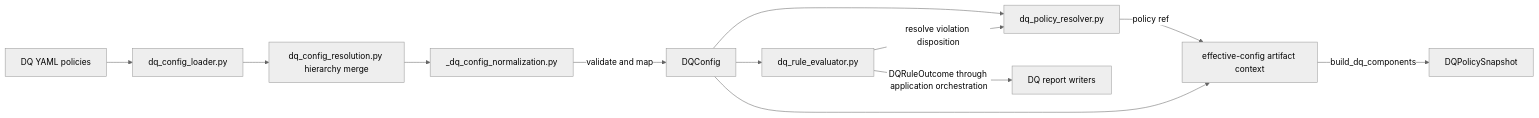
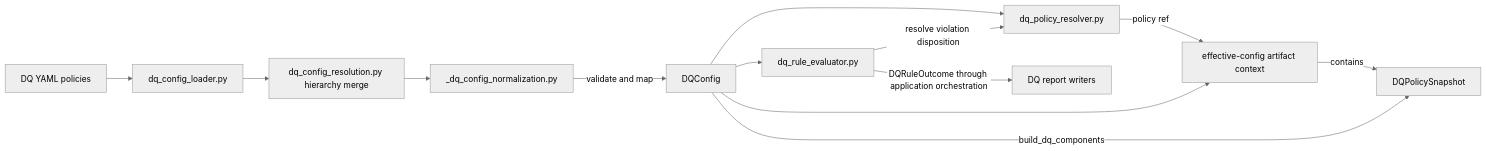
Before and after one commit to SatoryKono/BioactivityDataAcquisition: the diagram in docs/02-architecture/diagrams/architecture/45-dq-contract-config-loading-and-policy-resolution.mmd, drawn with Mermaid. The commit also changed 5 other files, not shown here.

Commit message:
docs(diagrams): align shutdown and policy snapshot flows

```diff
--- a/docs/02-architecture/diagrams/architecture/45-dq-contract-config-loading-and-policy-resolution.mmd
+++ b/docs/02-architecture/diagrams/architecture/45-dq-contract-config-loading-and-policy-resolution.mmd
@@ -1,43 +1,44 @@
 %%{init: {'theme': 'neutral', 'themeVariables': {'fontFamily': 'Inter, system-ui', 'lineWidth': '2'}}}%%
 %% Title: DQ Contract Config Loading And Policy Resolution
 %% @version 1.1.0
-%% @date    2026-10-09
-%% Reviewed against main 9a7339dc: config/dq_config_resolution.py; behavior/dq_policy_resolver.py, dq_rule_evaluator.py; effective_config/context.py
+%% @date    2026-10-14
+%% Reviewed against PR head 23eee03e97: config/dq_config_resolution.py; behavior/dq_policy_resolver.py, dq_rule_evaluator.py; effective_config/context.py
 %% @type    flowchart
 %% @level   Configuration / Component
 %% @nodes   10
 %% RULES: RULES.md §2.6, ADR-027, ADR-045
 flowchart LR
     yaml[DQ YAML policies]
     loader[dq_config_loader.py]
     normalize[_dq_config_normalization.py]
     merge[dq_config_resolution.py hierarchy merge]
     config[DQConfig]
     artifact[effective-config artifact context]
     snapshot[DQPolicySnapshot]
     service[dq_policy_resolver.py]
     evaluator[dq_rule_evaluator.py]
     report[DQ report writers]
 
     yaml --> loader
     loader --> merge
     merge --> normalize
     normalize -->|validate and map| config
     config --> service
     config --> evaluator
     evaluator -->|resolve violation disposition| service
     config --> artifact
     service -->|policy ref| artifact
-    artifact -->|build_dq_components| snapshot
+    config -->|build_dq_components| snapshot
+    artifact -->|contains| snapshot
     evaluator -->|DQRuleOutcome through application orchestration| report
 
     class yaml ext;
     class loader,normalize,merge infra;
     class config,snapshot,service,evaluator domain;
     class artifact app;
     class report app;
 %% padding line for readability and stable render budget
 %% padding line for readability and stable render budget
 %% padding line for readability and stable render budget
 %% padding line for readability and stable render budget
 %% padding line for readability and stable render budget
```
